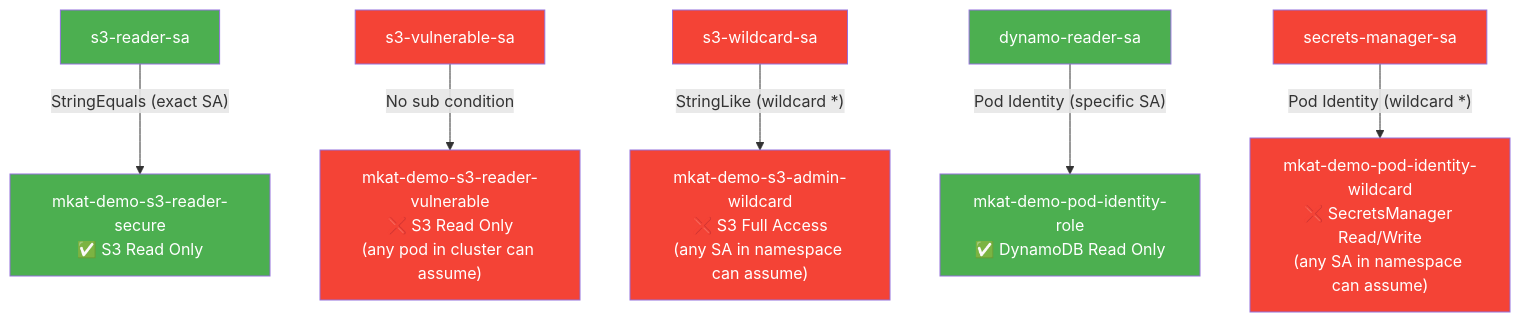
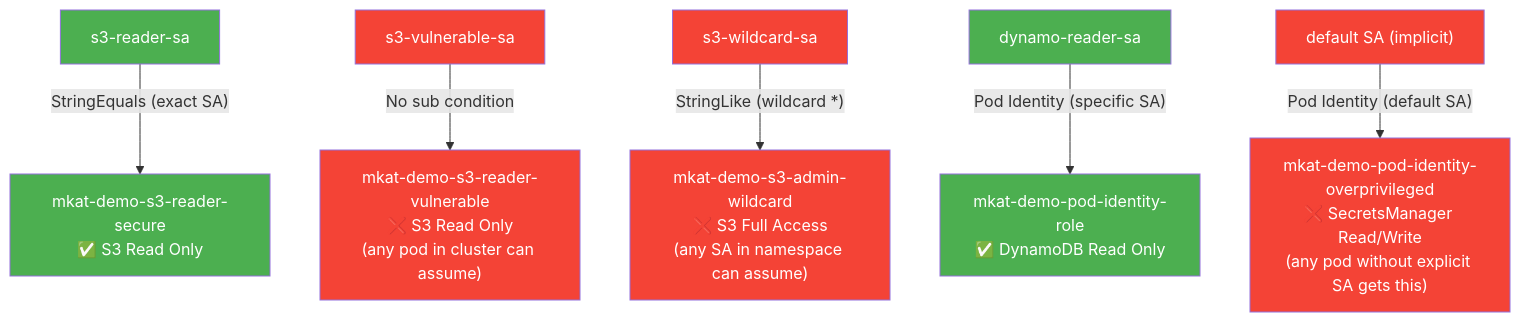
Before and after one commit to Ruatelo/EKS-config: the diagram in mkat-demo/README.md, drawn with Mermaid. The commit also changed other lines of this file and 9 other files, not shown here.

````diff
--- a/mkat-demo/README.md
+++ b/mkat-demo/README.md
@@ -69,18 +69,18 @@
 ```mermaid
 graph TD
     A["s3-reader-sa"] -->|"StringEquals (exact SA)"| B["mkat-demo-s3-reader-secure\n✅ S3 Read Only"]
     C["s3-vulnerable-sa"] -->|"No sub condition"| D["mkat-demo-s3-reader-vulnerable\n❌ S3 Read Only\n(any pod in cluster can assume)"]
     E["s3-wildcard-sa"] -->|"StringLike (wildcard *)"| F["mkat-demo-s3-admin-wildcard\n❌ S3 Full Access\n(any SA in namespace can assume)"]
     G["dynamo-reader-sa"] -->|"Pod Identity (specific SA)"| H["mkat-demo-pod-identity-role\n✅ DynamoDB Read Only"]
-    I["secrets-manager-sa"] -->|"Pod Identity (wildcard *)"| J["mkat-demo-pod-identity-wildcard\n❌ SecretsManager Read/Write\n(any SA in namespace can assume)"]
+    I["default SA (implicit)"] -->|"Pod Identity (default SA)"| J["mkat-demo-pod-identity-overprivileged\n❌ SecretsManager Read/Write\n(any pod without explicit SA gets this)"]
     style A fill:#4CAF50,color:#fff
     style B fill:#4CAF50,color:#fff
     style C fill:#f44336,color:#fff
     style D fill:#f44336,color:#fff
     style E fill:#f44336,color:#fff
     style F fill:#f44336,color:#fff
     style G fill:#4CAF50,color:#fff
     style H fill:#4CAF50,color:#fff
     style I fill:#f44336,color:#fff
     style J fill:#f44336,color:#fff
 ```
````
